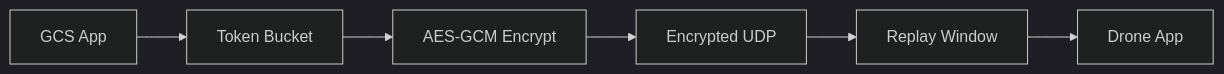
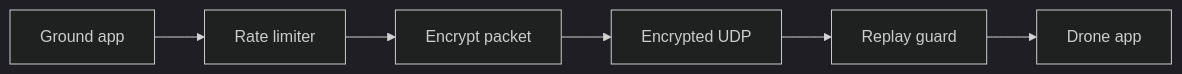
One commit to Kamalbura/research changed diagram 14 of 16 in diagrames.md. Above: the diagram before and after it, drawn with Mermaid (dark theme). The commit also changed other lines of this file, not shown here.

````diff
--- a/diagrames.md
+++ b/diagrames.md
@@ -307,11 +463,11 @@
 ```mermaid
 flowchart LR
-    App[GCS App]
-    Gate[Token Bucket]
-    Enc[AES-GCM Encrypt]
+    App[Ground app]
+    Gate[Rate limiter]
+    Enc[Encrypt packet]
     Net[Encrypted UDP]
-    Check[Replay Window]
-    Plain[Drone App]
+    Check[Replay guard]
+    Plain[Drone app]
 
     App --> Gate --> Enc --> Net --> Check --> Plain
 ```
````
